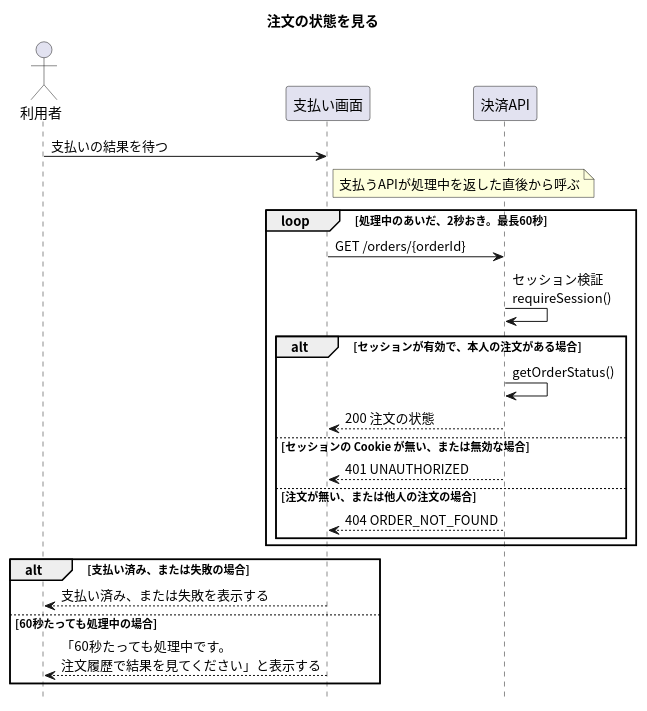
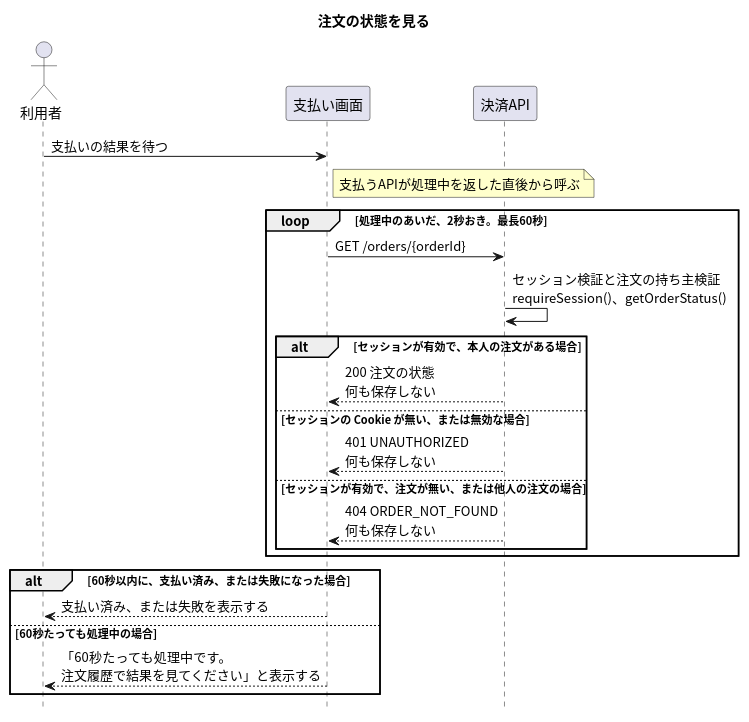
The diagram in apis/get-order/入口.puml (masamasamasato/design-doc-template), drawn with PlantUML before and after one commit. The commit also changed 63 other files, not shown here.

```diff
--- a/apis/get-order/入口.puml
+++ b/apis/get-order/入口.puml
@@ -1,32 +1,32 @@
 @startuml
 skinparam shadowing false
 skinparam defaultFontName "Noto Sans CJK JP"
 skinparam SequenceFontName "Noto Sans CJK JP"
+skinparam NoteBackgroundColor #FFFFCC
 hide footbox
 
 title 注文の状態を見る
 
 actor "利用者" as User
 participant "支払い画面" as Screen
 participant "決済API" as API
 
 User -> Screen : 支払いの結果を待つ
 note right of Screen : 支払うAPIが処理中を返した直後から呼ぶ
 loop 処理中のあいだ、2秒おき。最長60秒
   Screen -> API : GET /orders/{orderId}
-  API -> API : セッション検証\nrequireSession()
+  API -> API : セッション検証と注文の持ち主検証\nrequireSession()、getOrderStatus()
   alt セッションが有効で、本人の注文がある場合
-    API -> API : getOrderStatus()
-    API --> Screen : 200 注文の状態
+    API --> Screen : 200 注文の状態\n何も保存しない
   else セッションの Cookie が無い、または無効な場合
-    API --> Screen : 401 UNAUTHORIZED
-  else 注文が無い、または他人の注文の場合
-    API --> Screen : 404 ORDER_NOT_FOUND
+    API --> Screen : 401 UNAUTHORIZED\n何も保存しない
+  else セッションが有効で、注文が無い、または他人の注文の場合
+    API --> Screen : 404 ORDER_NOT_FOUND\n何も保存しない
   end
 end
-alt 支払い済み、または失敗の場合
+alt 60秒以内に、支払い済み、または失敗になった場合
   Screen --> User : 支払い済み、または失敗を表示する
 else 60秒たっても処理中の場合
   Screen --> User : 「60秒たっても処理中です。\n注文履歴で結果を見てください」と表示する
 end
 @enduml
```
